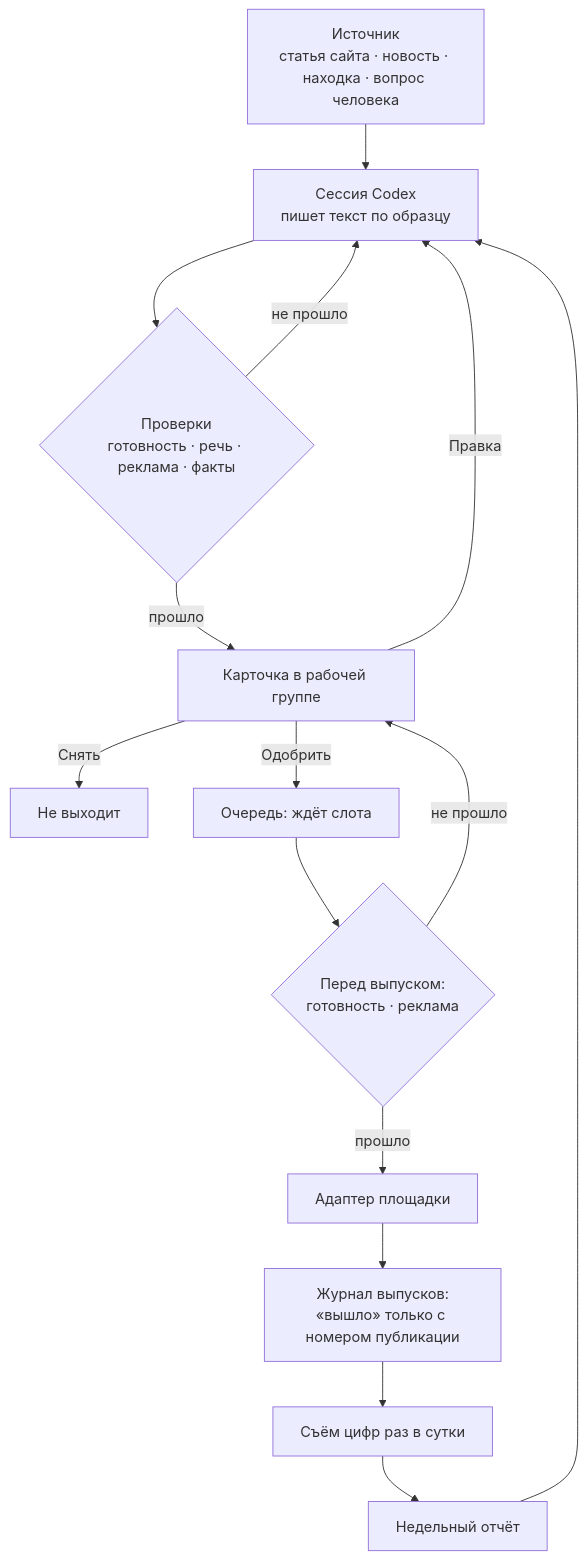
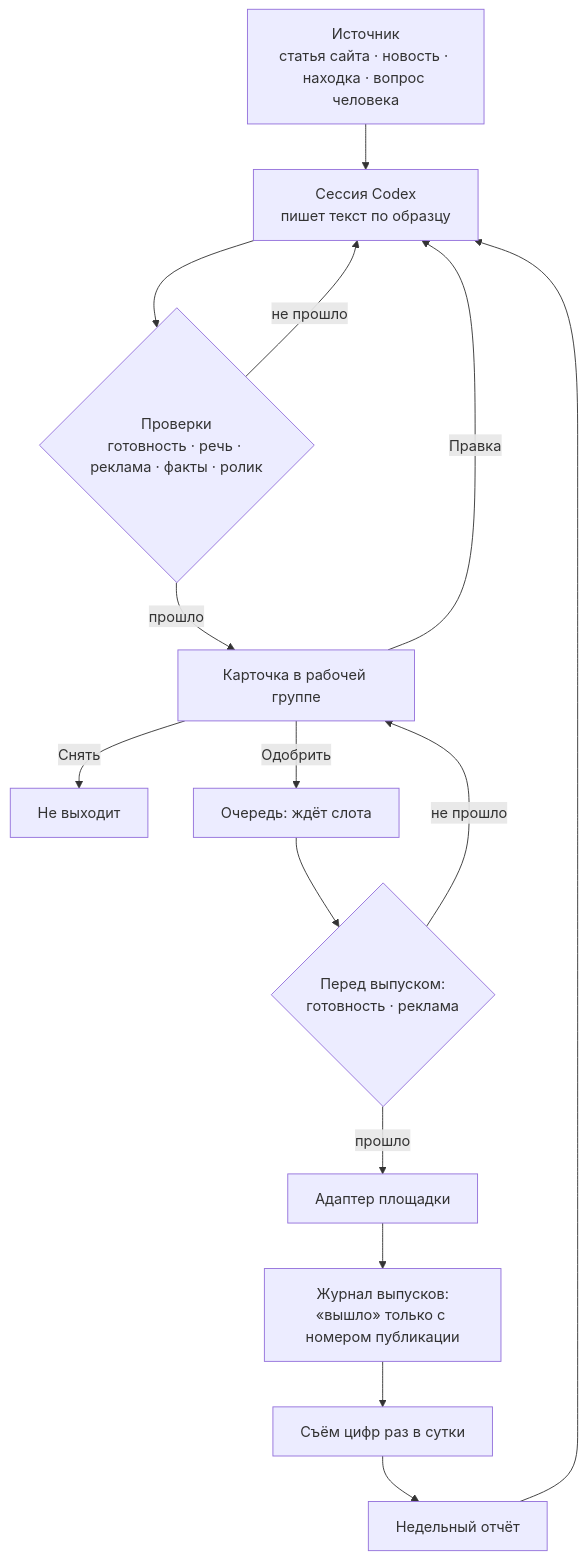
Before and after one commit to ecopoliskzn/content-zavod: the second of 3 diagrams in docs/02-АРХИТЕКТУРА.md, drawn with Mermaid. The commit also changed other lines of this file and 20 other files, not shown here.

````diff
--- a/docs/02-АРХИТЕКТУРА.md
+++ b/docs/02-АРХИТЕКТУРА.md
@@ -79,17 +79,17 @@
 ```mermaid
 flowchart TD
     A["Источник<br/>статья сайта · новость · находка · вопрос человека"] --> B["Сессия Codex<br/>пишет текст по образцу"]
-    B --> C{"Проверки<br/>готовность · речь · реклама · факты"}
+    B --> C{"Проверки<br/>готовность · речь · реклама · факты · ролик"}
     C -- "не прошло" --> B
     C -- "прошло" --> D["Карточка в рабочей группе"]
     D -- "Правка" --> B
     D -- "Снять" --> X["Не выходит"]
     D -- "Одобрить" --> E["Очередь: ждёт слота"]
     E --> F{"Перед выпуском:<br/>готовность · реклама"}
     F -- "не прошло" --> D
     F -- "прошло" --> G["Адаптер площадки"]
     G --> H["Журнал выпусков:<br/>«вышло» только с номером публикации"]
     H --> I["Съём цифр раз в сутки"]
     I --> J["Недельный отчёт"]
     J --> B
 ```
````
